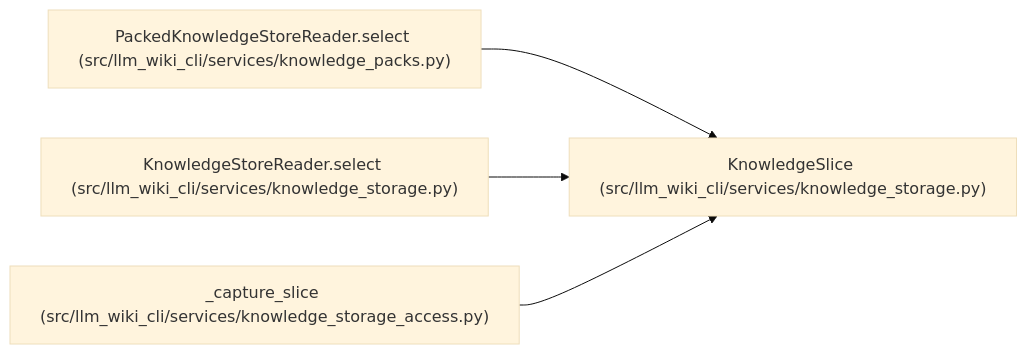
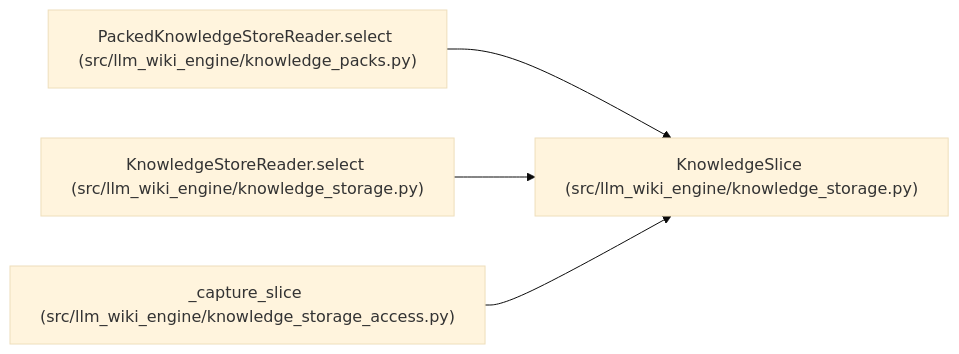
Before and after one commit to Denissvgn/python-wiki-llm: the diagram in docs/llm_wiki/entities/KnowledgeSlice.md, drawn with Mermaid (base theme). The commit also changed other lines of this file and 1058 other files, not shown here.

First line of the commit message:
docs: refresh the wiki for the knowledge store move

````diff
--- a/docs/llm_wiki/entities/KnowledgeSlice.md
+++ b/docs/llm_wiki/entities/KnowledgeSlice.md
@@ -29,14 +29,14 @@
 ```mermaid
 flowchart LR
-    n0["KnowledgeSlice (src/llm_wiki_cli/services/knowledge_storage.py)"]
-    n1["PackedKnowledgeStoreReader.select (src/llm_wiki_cli/services/knowledge_packs.py)"]
-    n2["KnowledgeStoreReader.select (src/llm_wiki_cli/services/knowledge_storage.py)"]
-    n3["_capture_slice (src/llm_wiki_cli/services/knowledge_storage_access.py)"]
+    n0["KnowledgeSlice (src/llm_wiki_engine/knowledge_storage.py)"]
+    n1["PackedKnowledgeStoreReader.select (src/llm_wiki_engine/knowledge_packs.py)"]
+    n2["KnowledgeStoreReader.select (src/llm_wiki_engine/knowledge_storage.py)"]
+    n3["_capture_slice (src/llm_wiki_engine/knowledge_storage_access.py)"]
     n1 --> n0
     n2 --> n0
     n3 --> n0
     click n0 "../modules/knowledge_storage.md"
     click n1 "../modules/knowledge_packs.md"
     click n2 "../modules/knowledge_storage.md"
     click n3 "../modules/knowledge_storage_access.md"
 ```
````
